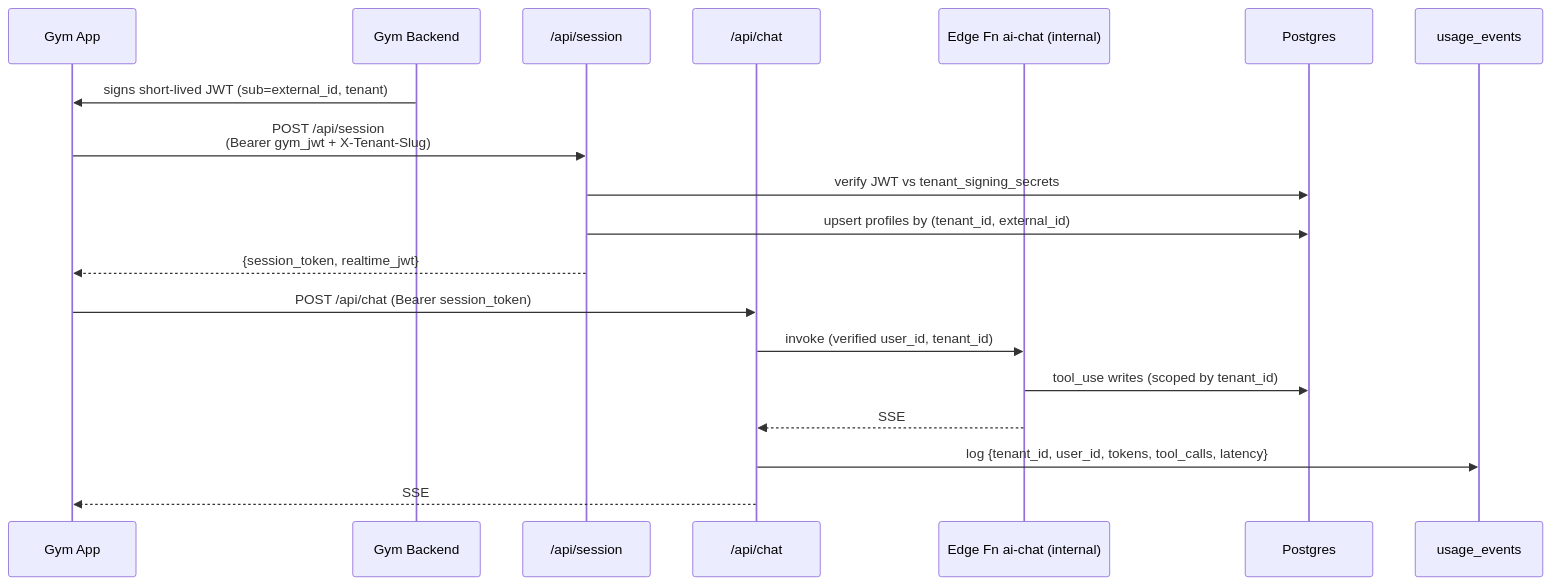
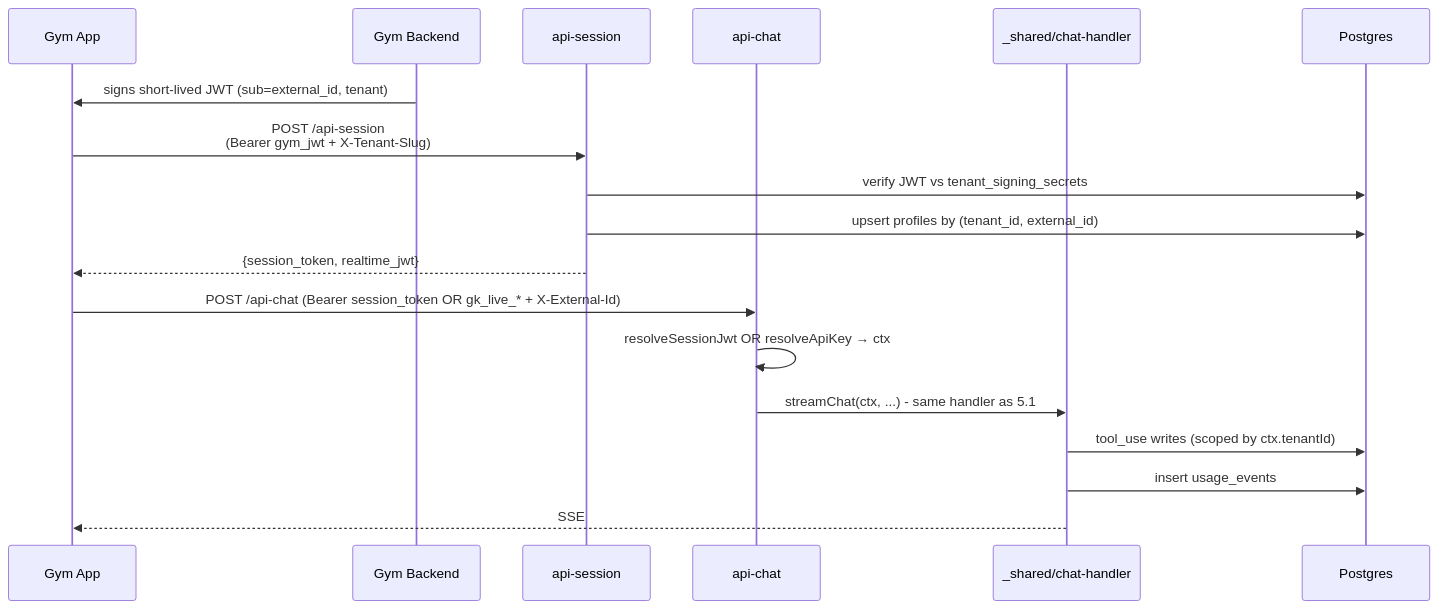
One commit to platanus-hack/platanus-hack-26-ar-team-16 changed the third of 6 diagrams in docs/ARCHITECTURE.md. Above: the diagram before and after it, drawn with Mermaid. The commit also changed other lines of this file and 31 other files, not shown here.

Commit message:
architectural improv, tech debt and ui improv

````diff
--- a/docs/ARCHITECTURE.md
+++ b/docs/ARCHITECTURE.md
@@ -220,22 +244,21 @@
 ```mermaid
 sequenceDiagram
     participant GA as Gym App
     participant GB as Gym Backend
-    participant AS as /api/session
-    participant AC as /api/chat
-    participant EF as Edge Fn ai-chat (internal)
+    participant AS as api-session
+    participant AC as api-chat
+    participant CH as _shared/chat-handler
     participant DB as Postgres
-    participant UE as usage_events
 
     GB->>GA: signs short-lived JWT (sub=external_id, tenant)
-    GA->>AS: POST /api/session<br/>(Bearer gym_jwt + X-Tenant-Slug)
+    GA->>AS: POST /api-session<br/>(Bearer gym_jwt + X-Tenant-Slug)
     AS->>DB: verify JWT vs tenant_signing_secrets
     AS->>DB: upsert profiles by (tenant_id, external_id)
     AS-->>GA: {session_token, realtime_jwt}
-    GA->>AC: POST /api/chat (Bearer session_token)
-    AC->>EF: invoke (verified user_id, tenant_id)
-    EF->>DB: tool_use writes (scoped by tenant_id)
-    EF-->>AC: SSE
-    AC->>UE: log {tenant_id, user_id, tokens, tool_calls, latency}
-    AC-->>GA: SSE
+    GA->>AC: POST /api-chat (Bearer session_token OR gk_live_* + X-External-Id)
+    AC->>AC: resolveSessionJwt OR resolveApiKey → ctx
+    AC->>CH: streamChat(ctx, ...) - same handler as 5.1
+    CH->>DB: tool_use writes (scoped by ctx.tenantId)
+    CH->>DB: insert usage_events
+    CH-->>GA: SSE
 ```
````
